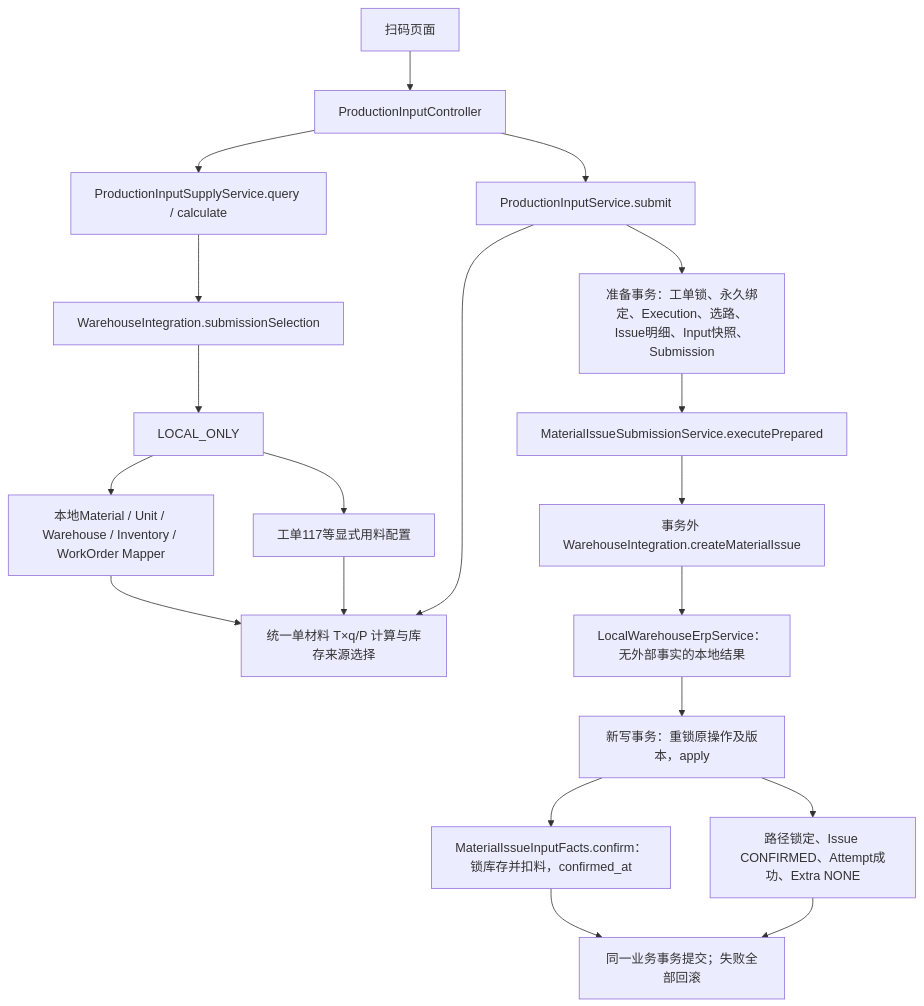
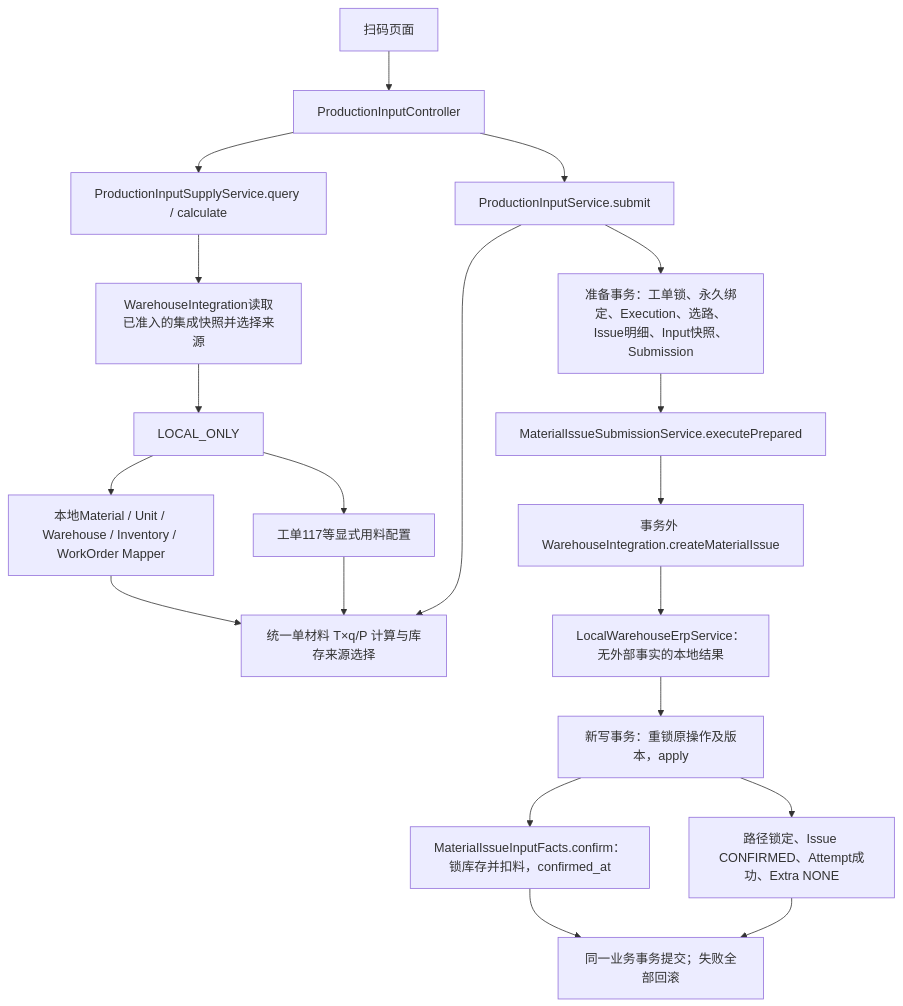
The first of 6 diagrams in docs/reviews/2026-10-17-production-warehouse-boundary-review.md (codeinsightlab/mes-base), drawn with Mermaid before and after one commit. The commit also changed other lines of this file and 34 other files, not shown here.

````diff
--- a/docs/reviews/2026-10-17-production-warehouse-boundary-review.md
+++ b/docs/reviews/2026-10-17-production-warehouse-boundary-review.md
@@ -37,22 +43,22 @@
 ```mermaid
 flowchart TD
  UI[扫码页面] --> C[ProductionInputController]
  C --> S[ProductionInputSupplyService.query / calculate]
- S --> W[WarehouseIntegration.submissionSelection]
+ S --> W[WarehouseIntegration读取已准入的集成快照并选择来源]
  W --> L[LOCAL_ONLY]
  L --> DB[本地Material / Unit / Warehouse / Inventory / WorkOrder Mapper]
  L --> CFG[工单117等显式用料配置]
  DB --> CALC[统一单材料 T×q/P 计算与库存来源选择]
  CFG --> CALC
  C --> I[ProductionInputService.submit]
  I --> CALC
  I --> PREP[准备事务：工单锁、永久绑定、Execution、选路、Issue明细、Input快照、Submission]
  PREP --> SUB[MaterialIssueSubmissionService.executePrepared]
  SUB --> WI[事务外 WarehouseIntegration.createMaterialIssue]
  WI --> NOOP[LocalWarehouseErpService：无外部事实的本地结果]
  NOOP --> APPLY[新写事务：重锁原操作及版本，apply]
  APPLY --> IF[MaterialIssueInputFacts.confirm：锁库存并扣料，confirmed_at]
  APPLY --> MES[路径锁定、Issue CONFIRMED、Attempt成功、Extra NONE]
  IF --> COMMIT[同一业务事务提交；失败全部回滚]
  MES --> COMMIT
 ```
````
